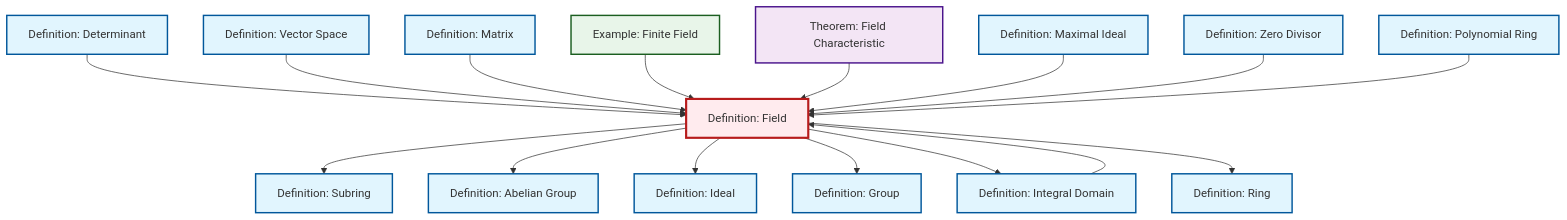
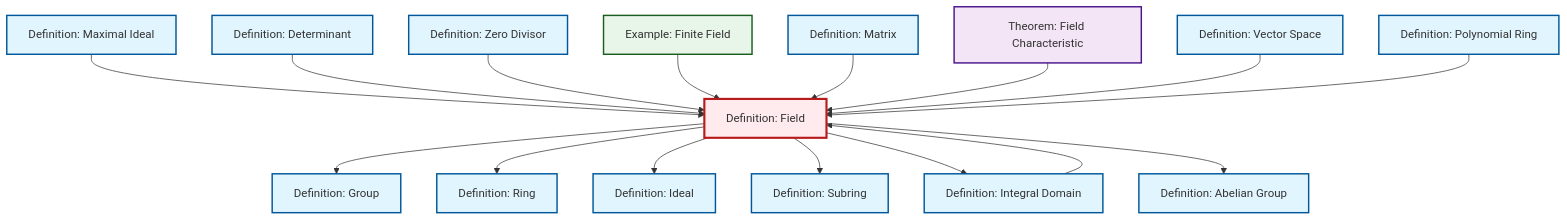
One commit to RK0429/ModernMath changed the diagram in content/en/algebra/def-field.qmd. Above: the diagram before and after it, drawn with Mermaid. The commit also changed other lines of this file and 672 other files, not shown here.

````diff
--- a/content/en/algebra/def-field.qmd
+++ b/content/en/algebra/def-field.qmd
@@ -56,54 +56,54 @@
 ```{mermaid}
 %%| fig-cap: "Local dependency graph"
 graph TD
     classDef definition fill:#e1f5fe,stroke:#01579b,stroke-width:2px
     classDef theorem fill:#f3e5f5,stroke:#4a148c,stroke-width:2px
     classDef axiom fill:#fff3e0,stroke:#e65100,stroke-width:2px
     classDef example fill:#e8f5e9,stroke:#1b5e20,stroke-width:2px
     classDef current fill:#ffebee,stroke:#b71c1c,stroke-width:3px
-    def-polynomial-ring["Definition: Polynomial Ring"]:::definition
-    def-field["Definition: Field"]:::definition
-    def-ring["Definition: Ring"]:::definition
-    def-subring["Definition: Subring"]:::definition
-    def-vector-space["Definition: Vector Space"]:::definition
-    def-maximal-ideal["Definition: Maximal Ideal"]:::definition
     thm-field-characteristic["Theorem: Field Characteristic"]:::theorem
-    ex-finite-field["Example: Finite Field"]:::example
-    def-abelian-group["Definition: Abelian Group"]:::definition
-    def-matrix["Definition: Matrix"]:::definition
     def-determinant["Definition: Determinant"]:::definition
     def-integral-domain["Definition: Integral Domain"]:::definition
+    def-subring["Definition: Subring"]:::definition
+    def-maximal-ideal["Definition: Maximal Ideal"]:::definition
+    def-matrix["Definition: Matrix"]:::definition
     def-ideal["Definition: Ideal"]:::definition
+    def-ring["Definition: Ring"]:::definition
     def-group["Definition: Group"]:::definition
     def-zero-divisor["Definition: Zero Divisor"]:::definition
+    def-field["Definition: Field"]:::definition
+    ex-finite-field["Example: Finite Field"]:::example
+    def-polynomial-ring["Definition: Polynomial Ring"]:::definition
+    def-vector-space["Definition: Vector Space"]:::definition
+    def-abelian-group["Definition: Abelian Group"]:::definition
+    def-field --> def-group
+    def-field --> def-ring
+    def-integral-domain --> def-field
+    def-maximal-ideal --> def-field
     def-determinant --> def-field
+    def-field --> def-ideal
+    def-zero-divisor --> def-field
+    ex-finite-field --> def-field
+    def-matrix --> def-field
+    def-field --> def-subring
+    def-field --> def-integral-domain
+    def-field --> def-abelian-group
+    thm-field-characteristic --> def-field
     def-vector-space --> def-field
-    def-matrix --> def-field
-    ex-finite-field --> def-field
-    def-field --> def-subring
-    thm-field-characteristic --> def-field
-    def-maximal-ideal --> def-field
-    def-field --> def-abelian-group
-    def-zero-divisor --> def-field
     def-polynomial-ring --> def-field
-    def-field --> def-ideal
-    def-field --> def-group
-    def-integral-domain --> def-field
-    def-field --> def-integral-domain
-    def-field --> def-ring
     class def-field current
-    click def-polynomial-ring "def-polynomial-ring.html" "Go to Polynomial Ring definition"
-    click def-ring "def-ring.html" "Go to Ring definition"
-    click def-subring "def-subring.html" "Go to Subring definition"
-    click def-vector-space "def-vector-space.html" "Go to Vector Space definition"
-    click def-maximal-ideal "def-maximal-ideal.html" "Go to Maximal Ideal definition"
     click thm-field-characteristic "thm-field-characteristic.html" "Go to Field Characteristic theorem"
-    click ex-finite-field "ex-finite-field.html" "Go to Finite Field example"
-    click def-abelian-group "def-abelian-group.html" "Go to Abelian Group definition"
-    click def-matrix "def-matrix.html" "Go to Matrix definition"
     click def-determinant "def-determinant.html" "Go to Determinant definition"
     click def-integral-domain "def-integral-domain.html" "Go to Integral Domain definition"
+    click def-subring "def-subring.html" "Go to Subring definition"
+    click def-maximal-ideal "def-maximal-ideal.html" "Go to Maximal Ideal definition"
+    click def-matrix "def-matrix.html" "Go to Matrix definition"
     click def-ideal "def-ideal.html" "Go to Ideal definition"
+    click def-ring "def-ring.html" "Go to Ring definition"
     click def-group "def-group.html" "Go to Group definition"
     click def-zero-divisor "def-zero-divisor.html" "Go to Zero Divisor definition"
+    click ex-finite-field "ex-finite-field.html" "Go to Finite Field example"
+    click def-polynomial-ring "def-polynomial-ring.html" "Go to Polynomial Ring definition"
+    click def-vector-space "def-vector-space.html" "Go to Vector Space definition"
+    click def-abelian-group "def-abelian-group.html" "Go to Abelian Group definition"
 ```
````
